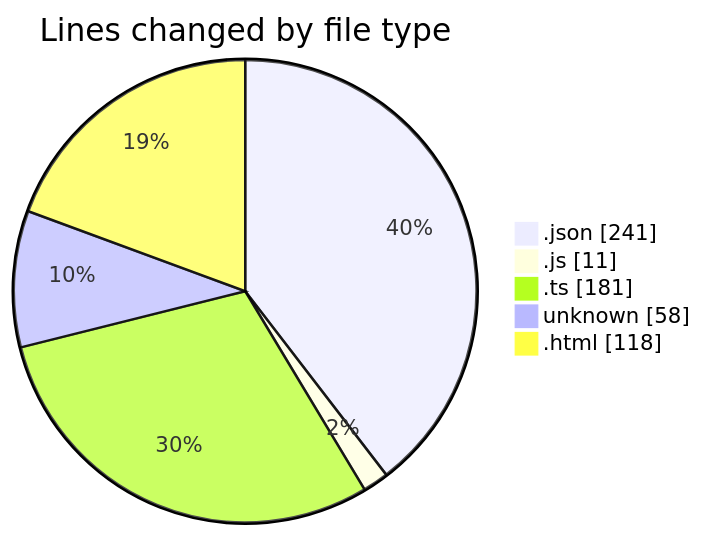
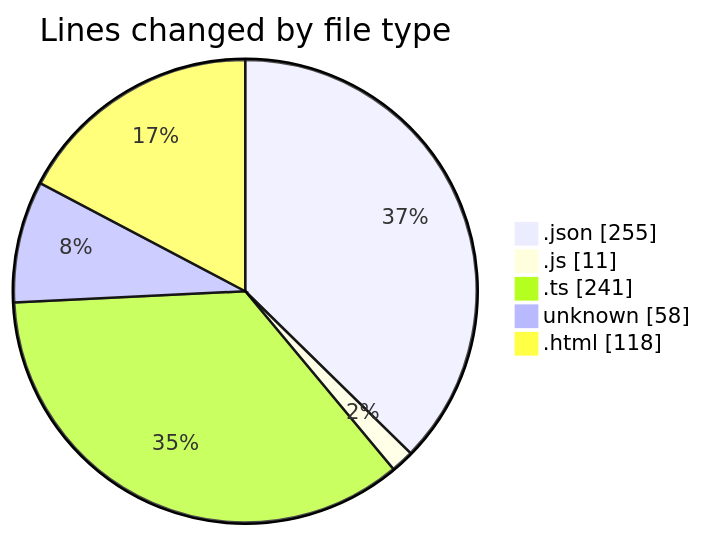
The first of 2 diagrams in 2025-05-12/news-clock-system-caspercg/README.md (momahboobian/code-tracking), drawn with Mermaid before and after one commit. The commit also changed other lines of this file and 1 other file, not shown here.

````diff
--- a/2025-05-12/news-clock-system-caspercg/README.md
+++ b/2025-05-12/news-clock-system-caspercg/README.md
@@ -29,9 +30,9 @@
 ```mermaid
 pie showData
 title Lines changed by file type
-".json" : 241
+".json" : 255
 ".js" : 11
-".ts" : 181
+".ts" : 241
 "unknown" : 58
 ".html" : 118
 ```
````
